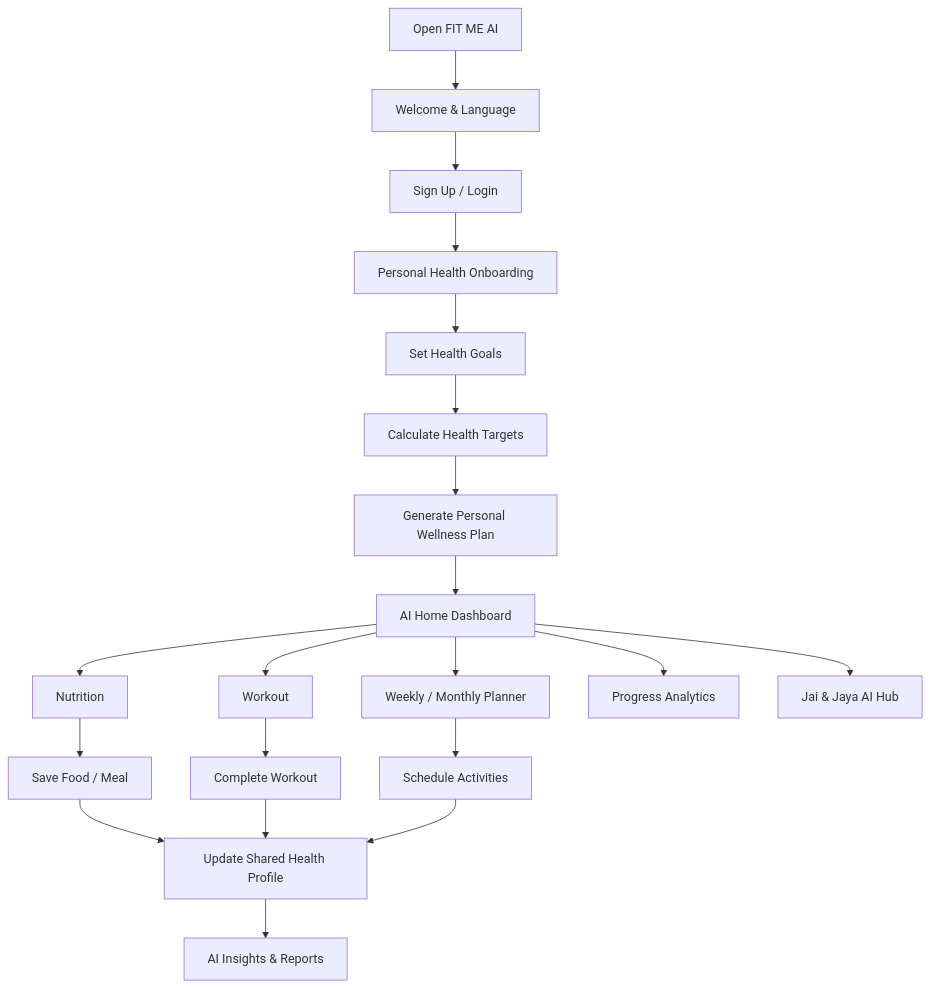
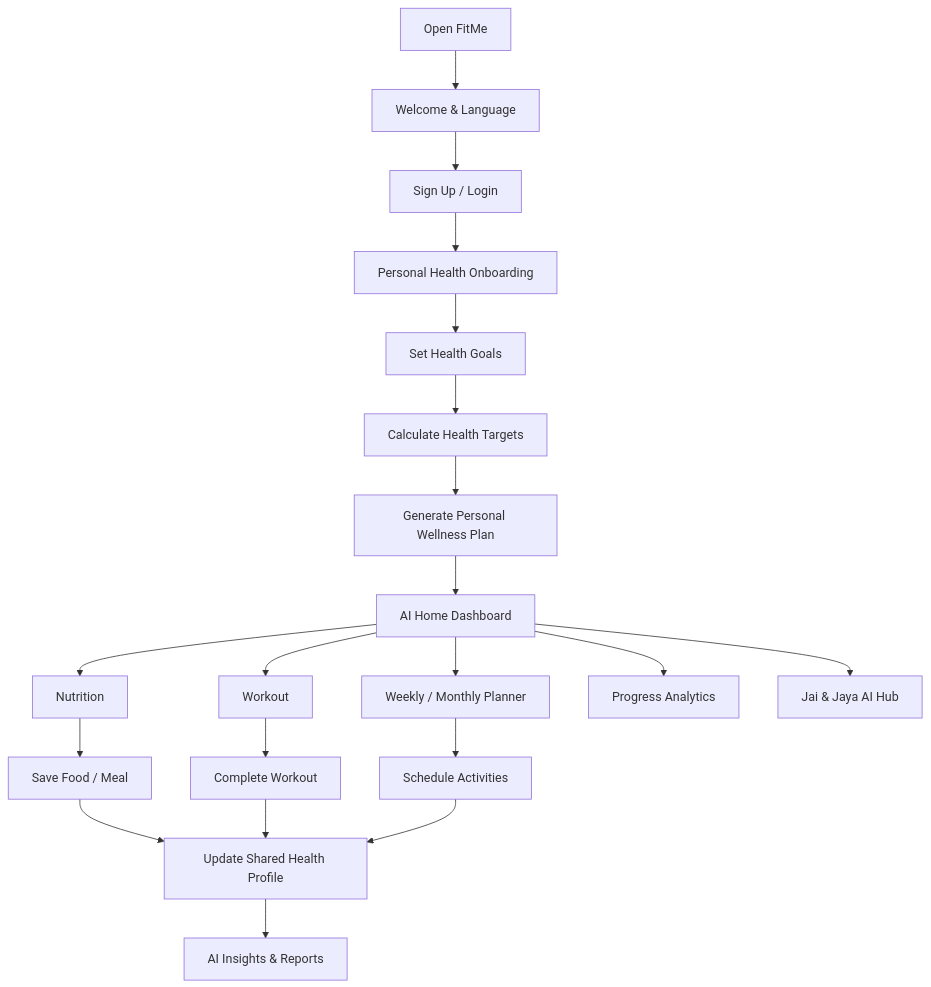
The diagram in docs/ORIGINAL_SPEC.md (tagoresubhash2001-rgb/Fit-me), drawn with Mermaid before and after one commit. The commit also changed other lines of this file and 38 other files, not shown here.

````diff
--- a/docs/ORIGINAL_SPEC.md
+++ b/docs/ORIGINAL_SPEC.md
@@ -790,23 +790,23 @@
 ```mermaid
 
 flowchart TD
- A["Open FIT ME AI"] --> B["Welcome & Language"]
+ A["Open FitMe"] --> B["Welcome & Language"]
  B --> C["Sign Up / Login"]
  C --> D["Personal Health Onboarding"]
  D --> E["Set Health Goals"]
  E --> F["Calculate Health Targets"]
  F --> G["Generate Personal Wellness Plan"]
  G --> H["AI Home Dashboard"]
  H --> I["Nutrition"]
  H --> J["Workout"]
  H --> K["Weekly / Monthly Planner"]
  H --> L["Progress Analytics"]
  H --> M["Jai & Jaya AI Hub"]
  I --> N["Save Food / Meal"]
  J --> O["Complete Workout"]
  K --> P["Schedule Activities"]
  N --> Q["Update Shared Health Profile"]
  O --> Q
  P --> Q
  Q --> R["AI Insights & Reports"]
 ```
````
